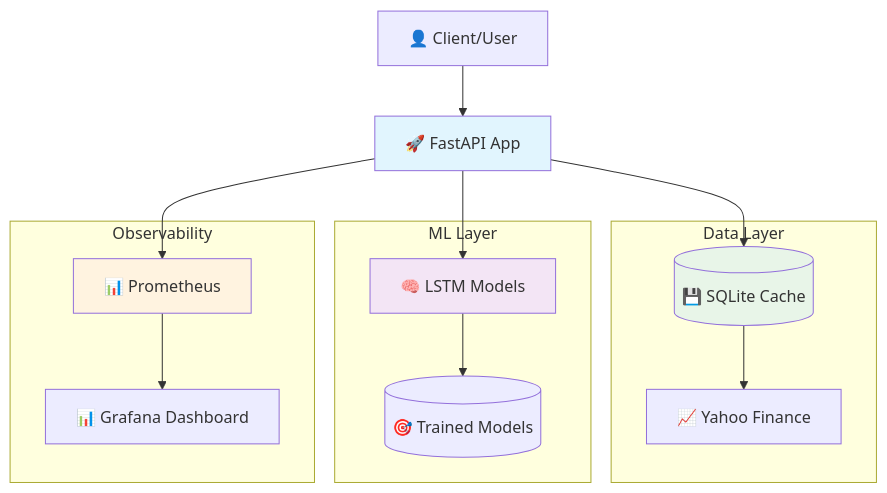
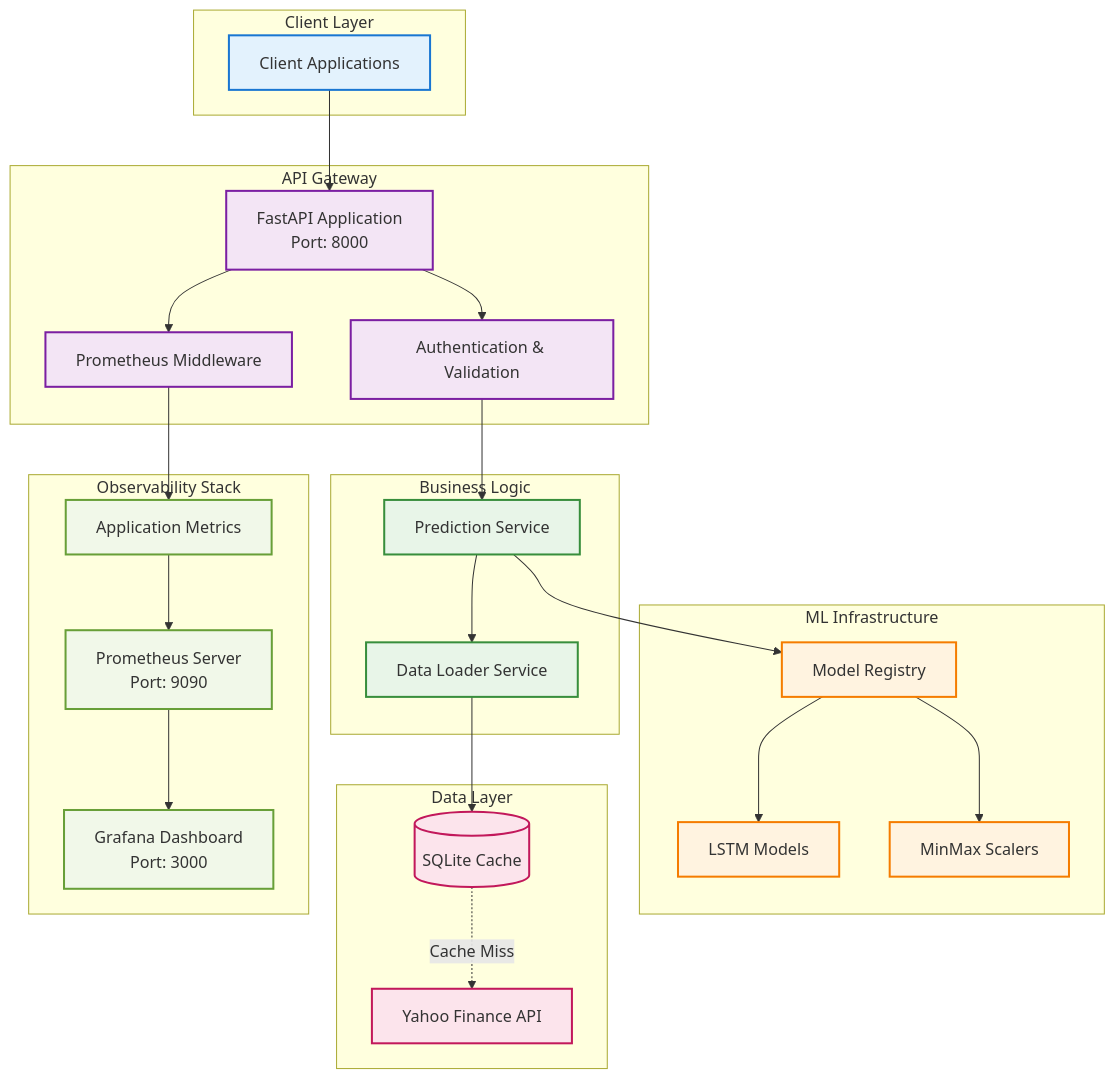
The fourth of 6 diagrams in README.md (PauloGuedes2/tech4), drawn with Mermaid before and after one commit. The commit also changed other lines of this file, not shown here.

````diff
--- a/README.md
+++ b/README.md
@@ -463,32 +528,66 @@
-```mermaid 
+```mermaid
 graph TB
-    Client[👤 Client/User] --> FastAPI[🚀 FastAPI App]
-    FastAPI --> LSTM[🧠 LSTM Models]
-    FastAPI --> Cache[(💾 SQLite Cache)]
-    FastAPI --> Prometheus[📊 Prometheus]
+    subgraph "Client Layer"
+        Client[Client Applications]
+    end
     
-    Cache --> Yahoo[📈 Yahoo Finance]
-    LSTM --> Models[(🎯 Trained Models)]
+    subgraph "API Gateway"
+        FastAPI[FastAPI Application<br/>Port: 8000]
+        Auth[Authentication & Validation]
+        Middleware[Prometheus Middleware]
+    end
     
-    Prometheus --> Grafana[📊 Grafana Dashboard]
+    subgraph "Business Logic"
+        PredService[Prediction Service]
+        DataLoader[Data Loader Service]
+    end
+    
+    subgraph "ML Infrastructure"
+        ModelRegistry[Model Registry]
+        LSTMModels[LSTM Models]
+        Scalers[MinMax Scalers]
+    end
     
     subgraph "Data Layer"
-        Cache
-        Yahoo
+        SQLiteCache[(SQLite Cache)]
+        YahooAPI[Yahoo Finance API]
     end
     
-    subgraph "ML Layer"
-        LSTM
-        Models
+    subgraph "Observability Stack"
+        Prometheus[Prometheus Server<br/>Port: 9090]
+        Grafana[Grafana Dashboard<br/>Port: 3000]
+        Metrics[Application Metrics]
     end
     
-    subgraph "Observability"
-        Prometheus
-        Grafana
-    end
+    Client --> FastAPI
+    FastAPI --> Auth
+    Auth --> PredService
+    FastAPI --> Middleware
     
-    style FastAPI fill:#e1f5fe
-    style LSTM fill:#f3e5f5
-    style Cache fill:#e8f5e8
-    style Prometheus fill:#fff3e0
+    PredService --> ModelRegistry
+    PredService --> DataLoader
+    
+    ModelRegistry --> LSTMModels
+    ModelRegistry --> Scalers
+    
+    DataLoader --> SQLiteCache
+    SQLiteCache -.->|Cache Miss| YahooAPI
+    
+    Middleware --> Metrics
+    Metrics --> Prometheus
+    Prometheus --> Grafana
+    
+    classDef clientLayer fill:#e3f2fd,stroke:#1976d2,stroke-width:2px
+    classDef apiLayer fill:#f3e5f5,stroke:#7b1fa2,stroke-width:2px
+    classDef businessLayer fill:#e8f5e8,stroke:#388e3c,stroke-width:2px
+    classDef mlLayer fill:#fff3e0,stroke:#f57c00,stroke-width:2px
+    classDef dataLayer fill:#fce4ec,stroke:#c2185b,stroke-width:2px
+    classDef obsLayer fill:#f1f8e9,stroke:#689f38,stroke-width:2px
+    
+    class Client clientLayer
+    class FastAPI,Auth,Middleware apiLayer
+    class PredService,DataLoader businessLayer
+    class ModelRegistry,LSTMModels,Scalers mlLayer
+    class SQLiteCache,YahooAPI dataLayer
+    class Prometheus,Grafana,Metrics obsLayer
 ```
````
